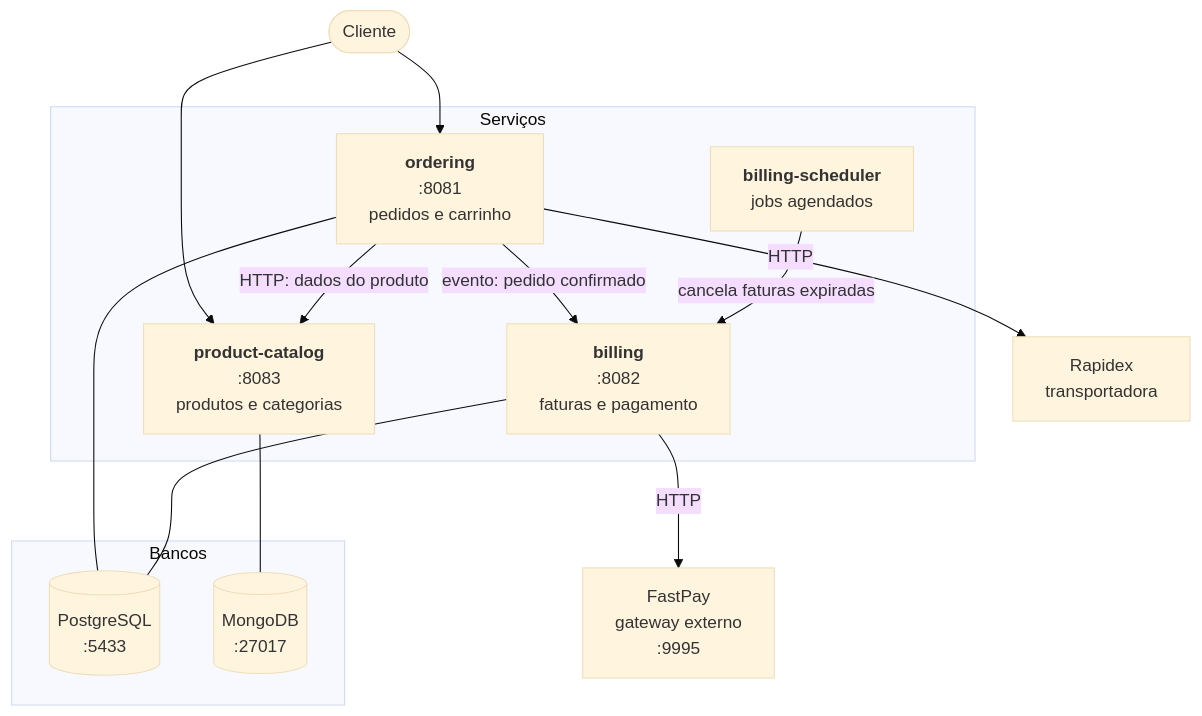
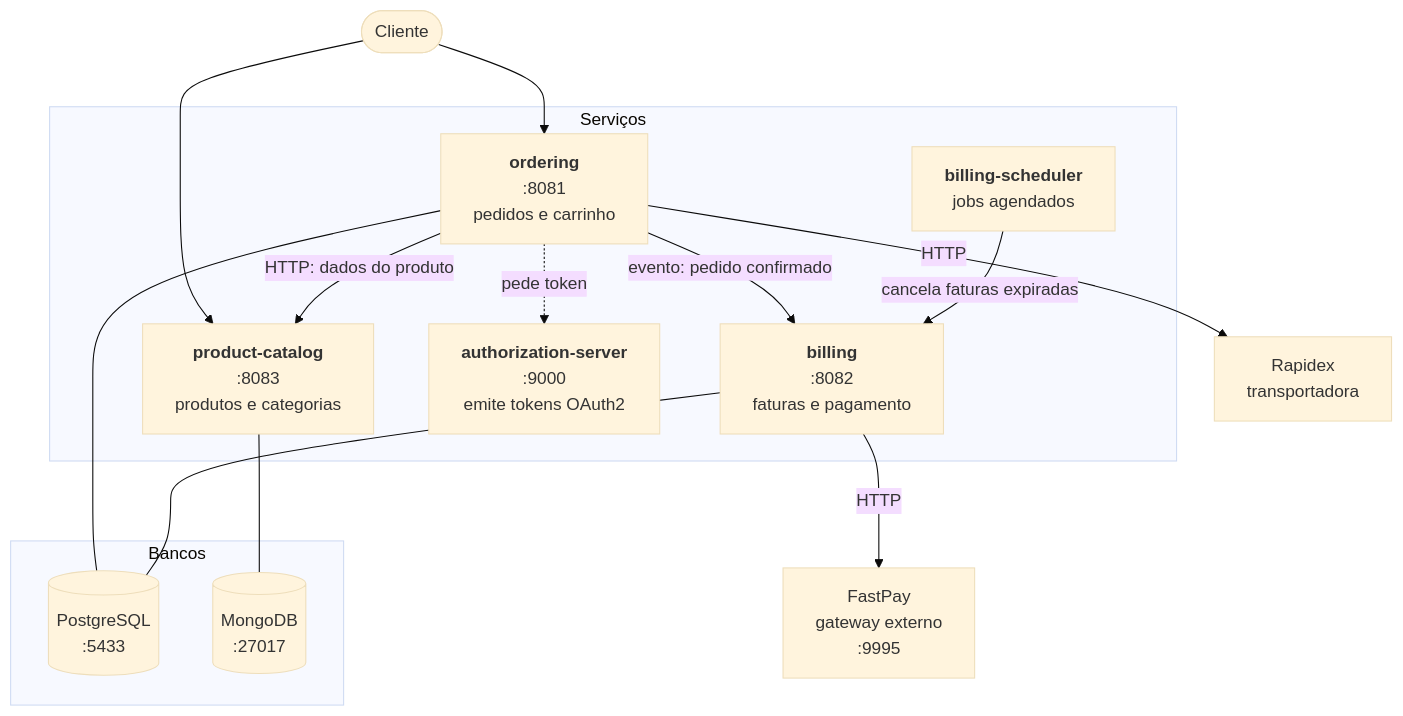
One commit to gabriel-lima258/algashop-docs changed the diagram in 00-visao-geral/arquitetura.md. Above: the diagram before and after it, drawn with Mermaid (base theme). The commit also changed other lines of this file and 8 other files, not shown here.

Commit message:
docs: documentar identidade, fundamentos oauth2 e o authorization server

````diff
--- a/00-visao-geral/arquitetura.md
+++ b/00-visao-geral/arquitetura.md
@@ -11,31 +11,33 @@
 ```mermaid
 graph TB
     Cliente([Cliente])
 
     subgraph Serviços
         O["<b>ordering</b><br/>:8081<br/>pedidos e carrinho"]
         C["<b>product-catalog</b><br/>:8083<br/>produtos e categorias"]
         B["<b>billing</b><br/>:8082<br/>faturas e pagamento"]
         S["<b>billing-scheduler</b><br/>jobs agendados"]
+        A["<b>authorization-server</b><br/>:9000<br/>emite tokens OAuth2"]
     end
 
     subgraph Bancos
         PG[(PostgreSQL<br/>:5433)]
         MG[(MongoDB<br/>:27017)]
     end
 
     FP[FastPay<br/>gateway externo<br/>:9995]
     RX[Rapidex<br/>transportadora]
 
     Cliente --> O
     Cliente --> C
     O -->|HTTP: dados do produto| C
     O -->|evento: pedido confirmado| B
     B -->|HTTP| FP
     O -->|HTTP| RX
     S -->|cancela faturas expiradas| B
+    O -.->|pede token| A
 
     O --- PG
     B --- PG
     C --- MG
 ```
````
